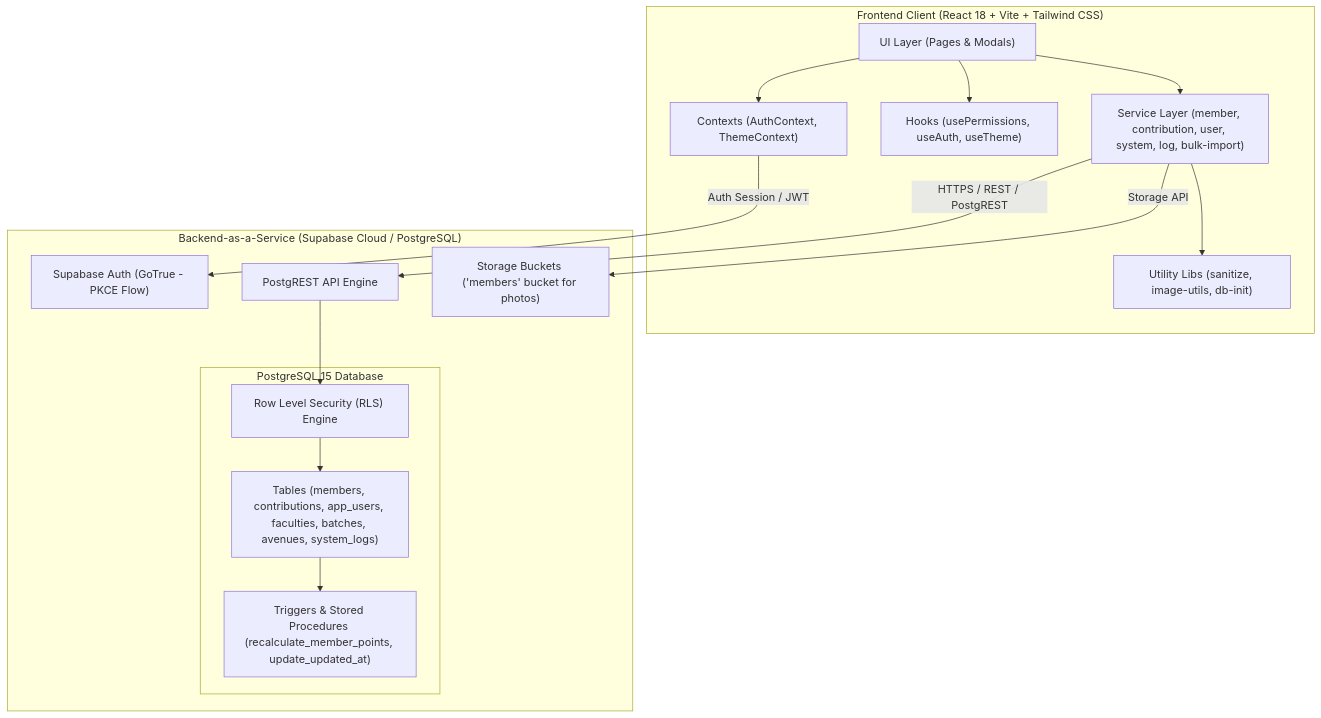
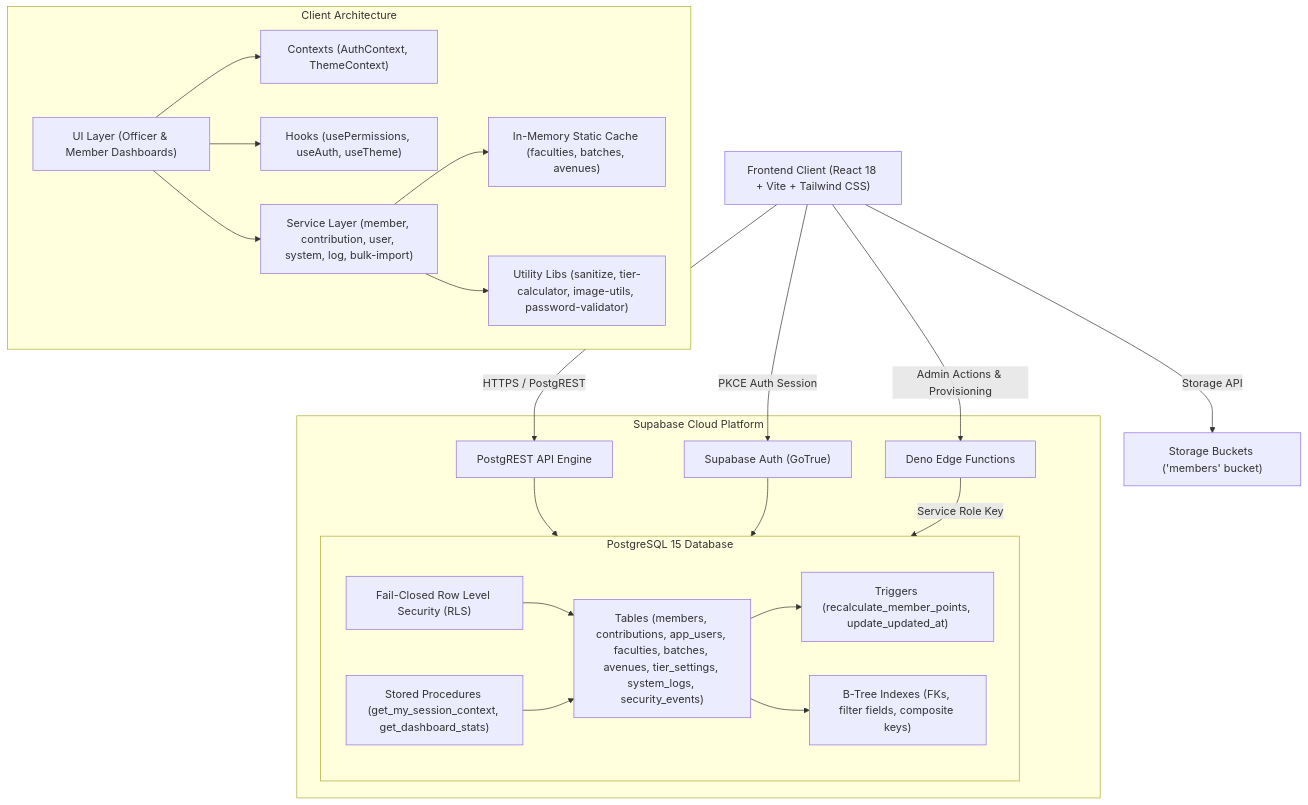
Before and after one commit to Leo-Club-of-SUSL/SabraLeos_KPI: the first of 3 diagrams in documentation/PROJECT_OVERVIEW.md, drawn with Mermaid. The commit also changed other lines of this file and 13 other files, not shown here.

````diff
--- a/documentation/PROJECT_OVERVIEW.md
+++ b/documentation/PROJECT_OVERVIEW.md
@@ -27,34 +27,41 @@
 ```mermaid
 graph TD
-    subgraph Client["Frontend Client (React 18 + Vite + Tailwind CSS)"]
-        UI["UI Layer (Pages & Modals)"]
+    Client["Frontend Client (React 18 + Vite + Tailwind CSS)"] -->|HTTPS / PostgREST| PostgREST["PostgREST API Engine"]
+    Client -->|PKCE Auth Session| Auth["Supabase Auth (GoTrue)"]
+    Client -->|Admin Actions & Provisioning| EdgeFunctions["Deno Edge Functions"]
+    Client -->|Storage API| Storage["Storage Buckets ('members' bucket)"]
+
+    subgraph ClientLayer ["Client Architecture"]
+        UI["UI Layer (Officer & Member Dashboards)"]
         Contexts["Contexts (AuthContext, ThemeContext)"]
         Hooks["Hooks (usePermissions, useAuth, useTheme)"]
         Services["Service Layer (member, contribution, user, system, log, bulk-import)"]
-        Lib["Utility Libs (sanitize, image-utils, db-init)"]
-        
+        Cache["In-Memory Static Cache (faculties, batches, avenues)"]
+        Lib["Utility Libs (sanitize, tier-calculator, image-utils, password-validator)"]
+
         UI --> Contexts
         UI --> Hooks
         UI --> Services
+        Services --> Cache
         Services --> Lib
     end
 
-    subgraph Supabase["Backend-as-a-Service (Supabase Cloud / PostgreSQL)"]
-        Auth["Supabase Auth (GoTrue - PKCE Flow)"]
-        PostgREST["PostgREST API Engine"]
-        Storage["Storage Buckets ('members' bucket for photos)"]
-        
-        subgraph Database["PostgreSQL 15 Database"]
-            Tables["Tables (members, contributions, app_users, faculties, batches, avenues, system_logs)"]
-            Triggers["Triggers & Stored Procedures (recalculate_member_points, update_updated_at)"]
-            RLS["Row Level Security (RLS) Engine"]
+    subgraph BackendLayer ["Supabase Cloud Platform"]
+        PostgREST --> Database
+        Auth --> Database
+        EdgeFunctions -->|Service Role Key| Database
+
+        subgraph Database ["PostgreSQL 15 Database"]
+            Tables["Tables (members, contributions, app_users, faculties, batches, avenues, tier_settings, system_logs, security_events)"]
+            RPCs["Stored Procedures (get_my_session_context, get_dashboard_stats)"]
+            Triggers["Triggers (recalculate_member_points, update_updated_at)"]
+            RLS["Fail-Closed Row Level Security (RLS)"]
+            Indexes["B-Tree Indexes (FKs, filter fields, composite keys)"]
+
+            RLS --> Tables
+            Tables --> Triggers
+            Tables --> Indexes
+            RPCs --> Tables
         end
     end
-
-    Services -->|HTTPS / REST / PostgREST| PostgREST
-    Services -->|Storage API| Storage
-    Contexts -->|Auth Session / JWT| Auth
-    PostgREST --> RLS
-    RLS --> Tables
-    Tables --> Triggers
 ```
````
